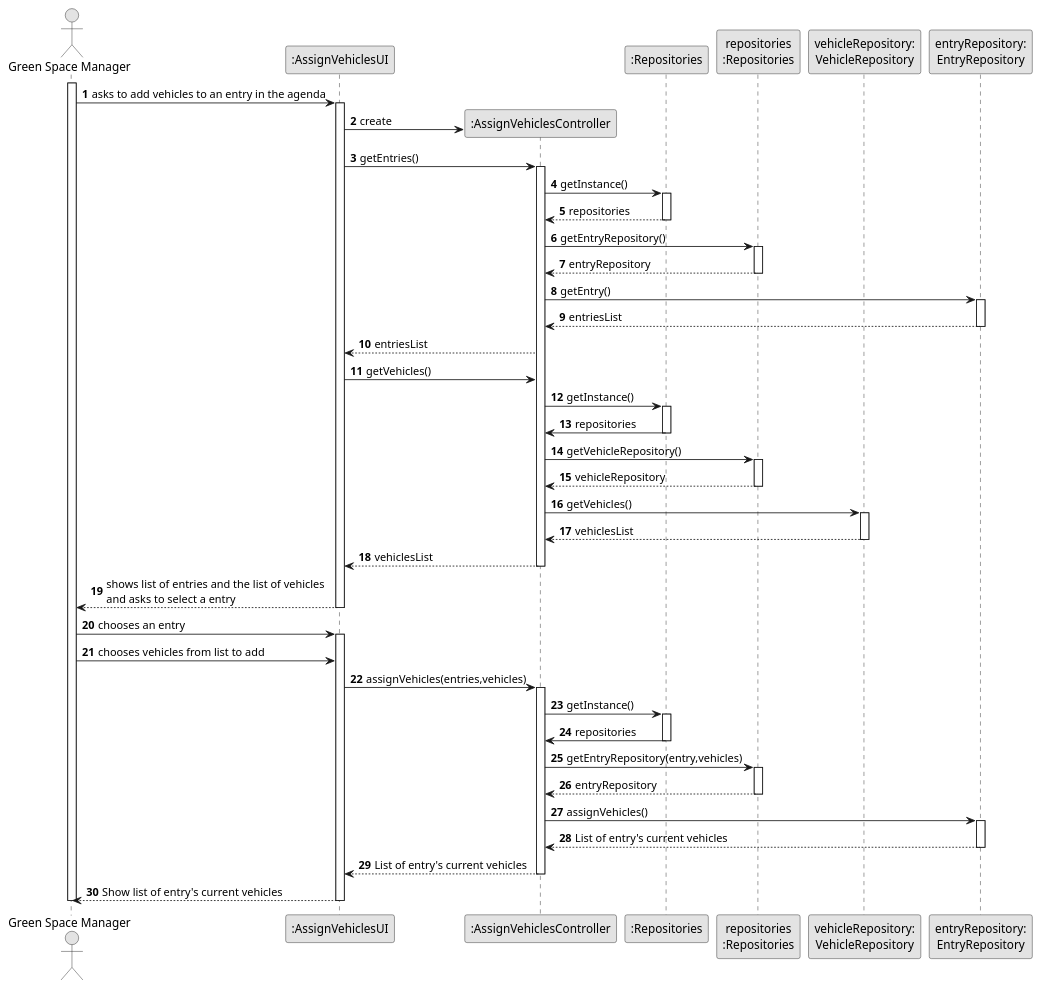
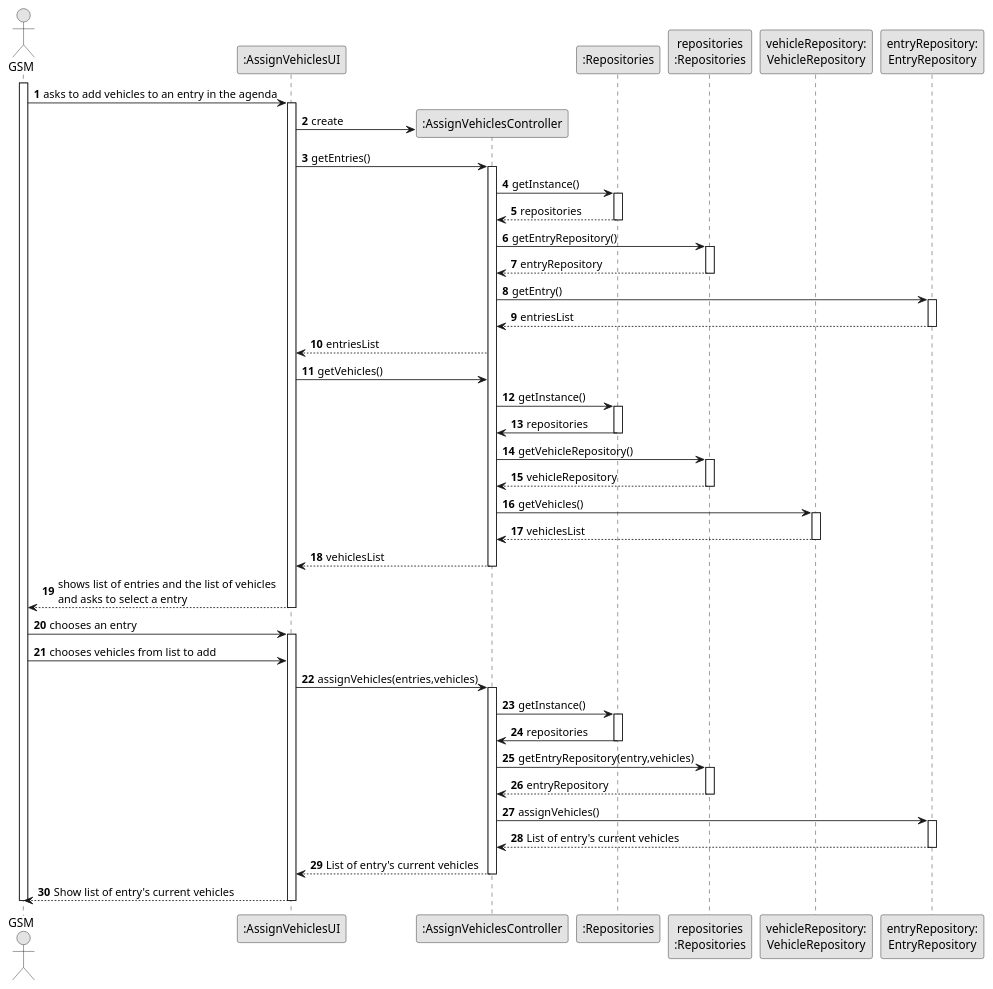
The diagram in docs/sprintC/us026/03.design/puml/us026-sequence-diagram-full.puml (Departamento-de-Engenharia-Informatica/lei-24-s2-1do-g164), drawn with PlantUML before and after one commit. The commit also changed 8 other files, not shown here.

```diff
--- a/docs/sprintC/us026/03.design/puml/us026-sequence-diagram-full.puml
+++ b/docs/sprintC/us026/03.design/puml/us026-sequence-diagram-full.puml
@@ -1,107 +1,107 @@
 @startuml
 skinparam monochrome true
 skinparam packageStyle rectangle
     skinparam shadowing false
 
     autonumber
 
     'hide footbox
-    actor "Green Space Manager" as HRM
+    actor "GSM" as HRM
     participant ":AssignVehiclesUI" as UI
     participant ":AssignVehiclesController" as CTRL
     participant ":Repositories" as RepositorySingleton
     participant "repositories\n:Repositories" as PLAT
     participant "vehicleRepository:\nVehicleRepository" as SkillRepository
     participant "entryRepository:\nEntryRepository" as entryRepository
     activate HRM
 
             HRM -> UI : asks to add vehicles to an entry in the agenda
 
             activate UI
 
     '            UI --> ADM : requests data (reference, description,  informal \n description, technical description, duration, cost)
                 'create CTRL
                 UI -> CTRL** : create
 
                 UI -> CTRL : getEntries()
                 activate CTRL
 
                     CTRL -> RepositorySingleton : getInstance()
                     activate RepositorySingleton
 
                         RepositorySingleton --> CTRL: repositories
                     deactivate RepositorySingleton
 
                     CTRL -> PLAT : getEntryRepository()
                     activate PLAT
 
                         PLAT --> CTRL: entryRepository
                     deactivate PLAT
 
                     CTRL -> entryRepository : getEntry()
                     activate entryRepository
 
                         entryRepository--> CTRL : entriesList
                     deactivate entryRepository
 
                     CTRL --> UI : entriesList
 
 
 
 
 
 
            UI -> CTRL : getVehicles()
 
                  CTRL -> RepositorySingleton : getInstance()
                  activate RepositorySingleton
                    RepositorySingleton -> CTRL : repositories
                  deactivate RepositorySingleton
 
                  CTRL -> PLAT : getVehicleRepository()
                  activate PLAT
                    PLAT --> CTRL : vehicleRepository
                  deactivate PLAT
 
                  CTRL -> SkillRepository : getVehicles()
                  activate SkillRepository
                    SkillRepository --> CTRL : vehiclesList
                  deactivate SkillRepository
                  CTRL --> UI :vehiclesList
                deactivate CTRL
 
               UI --> HRM : shows list of entries and the list of vehicles \nand asks to select a entry
                           deactivate UI
 
              HRM -> UI : chooses an entry
 
              activate UI
               HRM -> UI : chooses vehicles from list to add
                UI -> CTRL :assignVehicles(entries,vehicles)
                         activate CTRL
                CTRL -> RepositorySingleton : getInstance()
                                          activate RepositorySingleton
                                            RepositorySingleton -> CTRL : repositories
                                          deactivate RepositorySingleton
 
                                          CTRL -> PLAT : getEntryRepository(entry,vehicles)
                                          activate PLAT
                                            PLAT --> CTRL : entryRepository
                                          deactivate PLAT
 
                                          CTRL -> entryRepository : assignVehicles()
                                        activate entryRepository
                                            entryRepository --> CTRL : List of entry's current vehicles
                                    deactivate entryRepository
                                          CTRL --> UI : List of entry's current vehicles
                                        deactivate CTRL
                                        UI --> HRM :Show list of entry's current vehicles
                                                     deactivate UI
 
 
 
 
 
     deactivate HRM
 
 @endumlenduml
```
